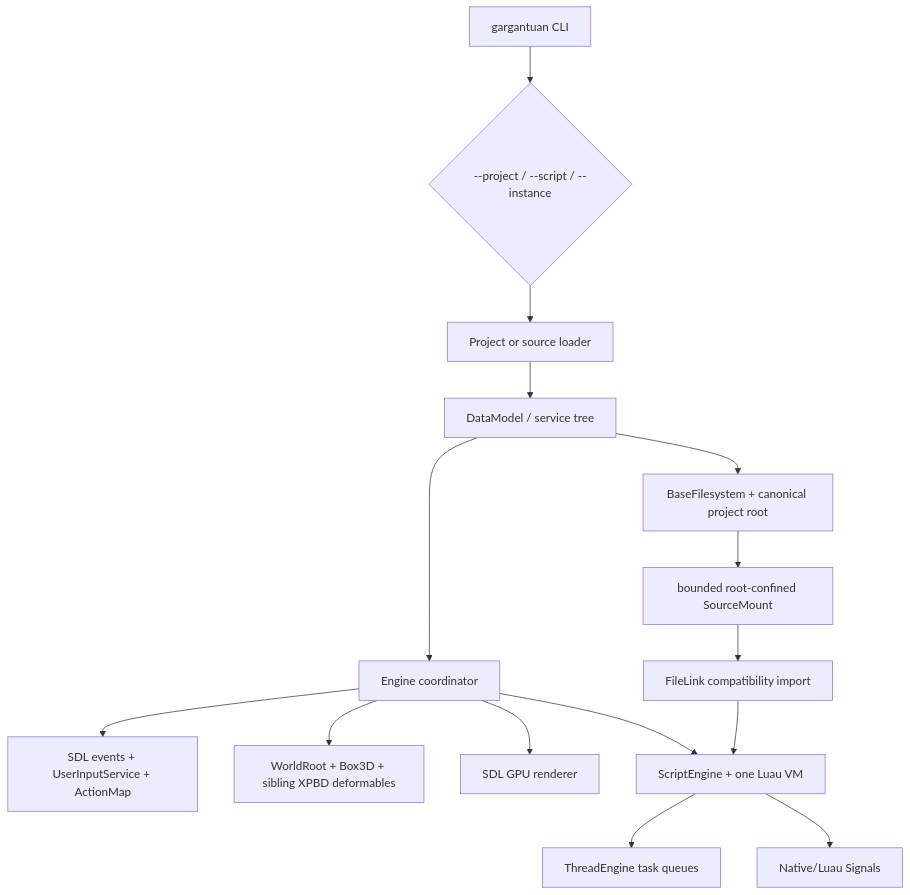
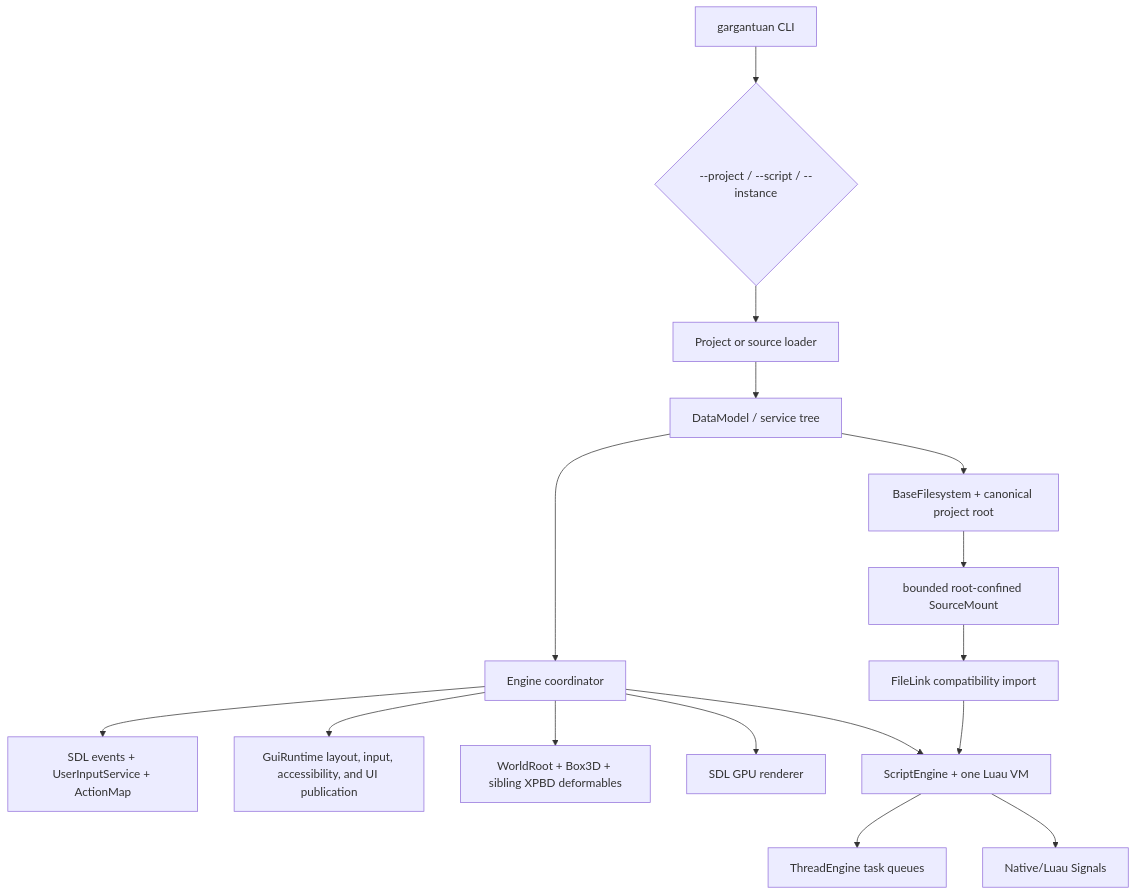
One commit to gmoddev/gargantuan changed the first of 3 diagrams in devdocs/CurrentArchitecture/README.md. Above: the diagram before and after it, drawn with Mermaid. The commit also changed other lines of this file and 5 other files, not shown here.

Commit message:
Document GUI Foundation architecture

````diff
--- a/devdocs/CurrentArchitecture/README.md
+++ b/devdocs/CurrentArchitecture/README.md
@@ -73,17 +76,18 @@
 ```mermaid
 flowchart TD
     CLI["gargantuan CLI"] --> Target{"--project / --script / --instance"}
     Target --> Loader["Project or source loader"]
     Loader --> DataModel["DataModel / service tree"]
     DataModel --> Engine["Engine coordinator"]
     Engine --> Input["SDL events + UserInputService + ActionMap"]
+	Engine --> GUI["GuiRuntime layout, input, accessibility, and UI publication"]
     Engine --> Physics["WorldRoot + Box3D + sibling XPBD deformables"]
     Engine --> Render["SDL GPU renderer"]
     Engine --> Script["ScriptEngine + one Luau VM"]
     Script --> Tasks["ThreadEngine task queues"]
     Script --> Signals["Native/Luau Signals"]
     DataModel --> ProjectFilesystem["BaseFilesystem + canonical project root"]
     ProjectFilesystem --> SourceMount["bounded root-confined SourceMount"]
     SourceMount --> FileLink["FileLink compatibility import"]
     FileLink --> Script
 ```
````
